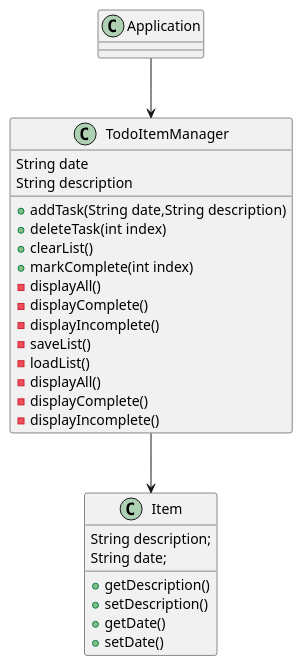
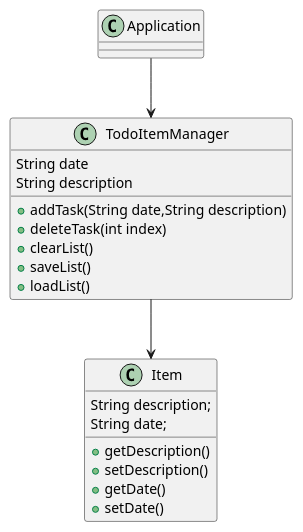
One commit to azoomer2/zommer-app1-impl changed the diagram in docs/ToDo List UML.puml. Above: the diagram before and after it, drawn with PlantUML. The commit also changed 8 other files, not shown here.

```diff
--- a/docs/ToDo List UML.puml
+++ b/docs/ToDo List UML.puml
@@ -1,42 +1,33 @@
 @startuml
 
 Class Application{
 
 
 }
 Class Item{
     String description;
     String date;
 
     +getDescription()
     +setDescription()
     +getDate()
     +setDate()
 
 }
 
 Class TodoItemManager{
     String date
     String description
 
     +addTask(String date,String description)
     +deleteTask(int index)
     +clearList()
-    +markComplete(int index)
-    -displayAll()
-    -displayComplete()
-    -displayIncomplete()
-    -saveList()
-    -loadList()
-
-
-    -displayAll()
-    -displayComplete()
-    -displayIncomplete()
+    +saveList()
+    +loadList()
 }
 
 
 Application --> TodoItemManager
 
 TodoItemManager --> Item
 @enduml
```
